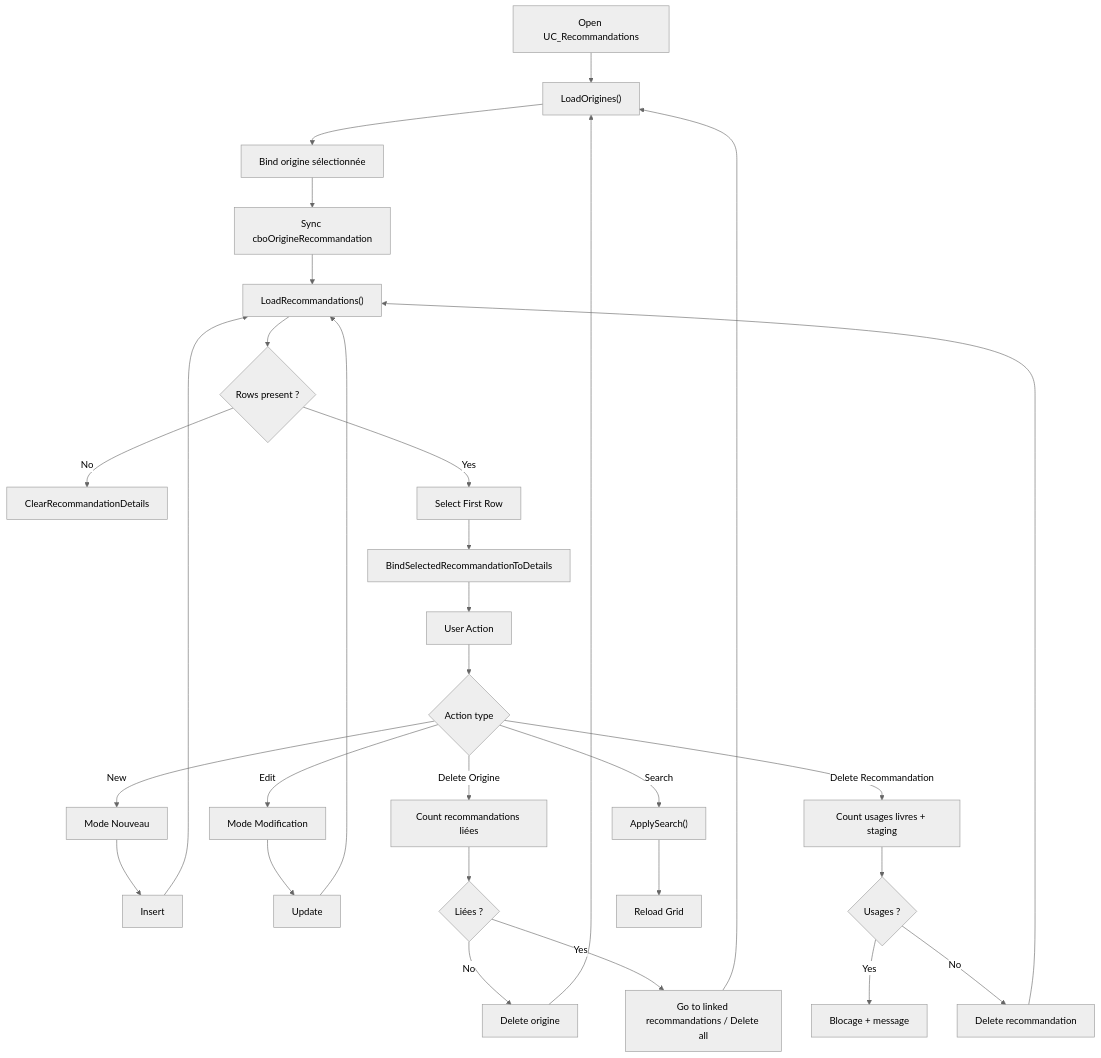
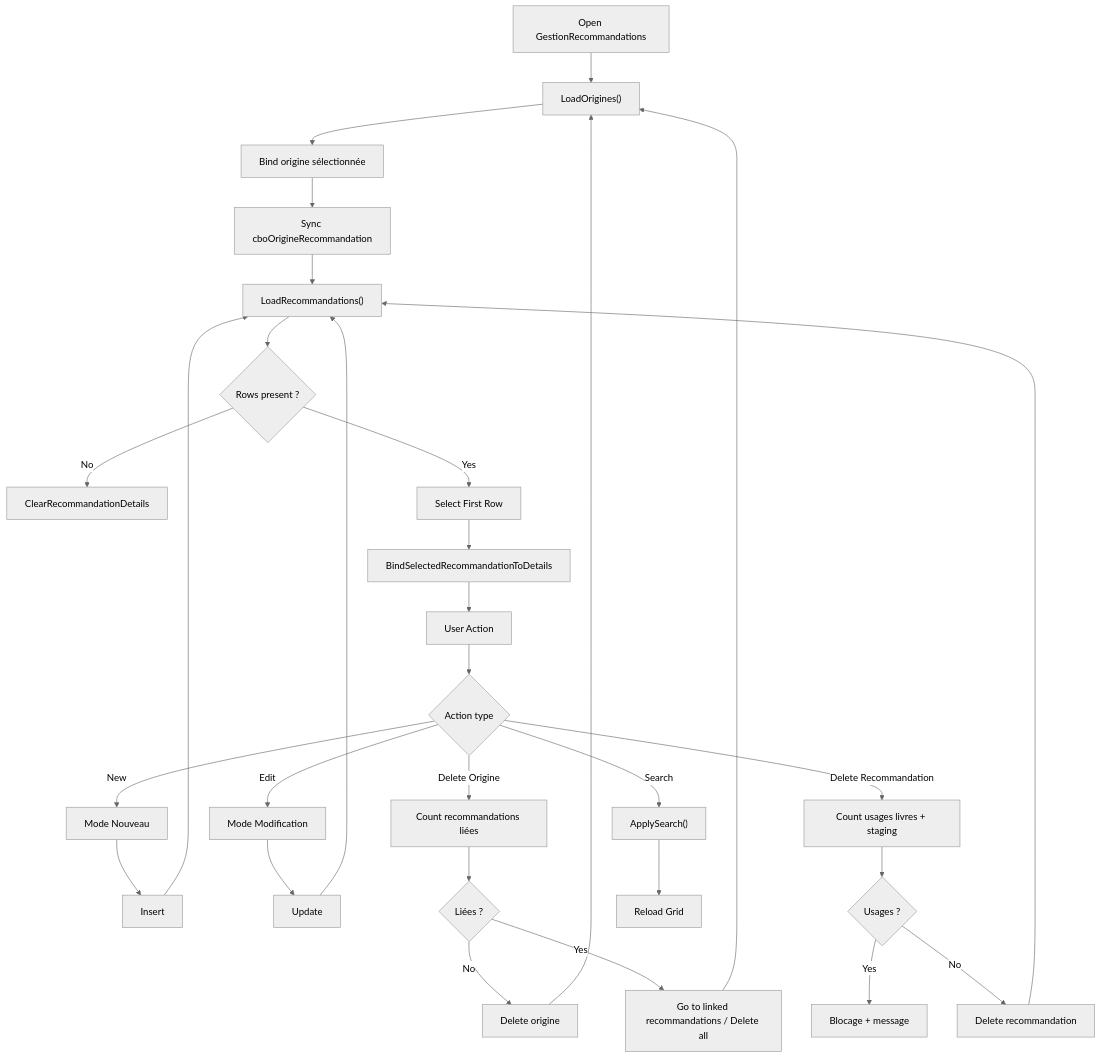
The fourth of 5 diagrams in Docs/Process_Artefact.md (Les-Artefacts-de-Manou/Artefact), drawn with Mermaid (neutral theme) before and after one commit. The commit also changed other lines of this file and 84 other files, not shown here.

````diff
--- a/Docs/Process_Artefact.md
+++ b/Docs/Process_Artefact.md
@@ -727,39 +767,39 @@
 ```mermaid
 flowchart TD
-A["Open UC_Recommandations"] --> B["LoadOrigines()"]
+A["Open GestionRecommandations"] --> B["LoadOrigines()"]
 B --> C["Bind origine sélectionnée"]
 C --> D["Sync cboOrigineRecommandation"]
 D --> E["LoadRecommandations()"]
 
 E --> F{"Rows present ?"}
 F -- No --> G["ClearRecommandationDetails"]
 F -- Yes --> H["Select First Row"]
 H --> I["BindSelectedRecommandationToDetails"]
 
 I --> J["User Action"]
 J --> K{"Action type"}
 
 K -- New --> L["Mode Nouveau"]
 L --> M["Insert"]
 M --> E
 
 K -- Edit --> N["Mode Modification"]
 N --> O["Update"]
 O --> E
 
 K -- Delete Origine --> P["Count recommandations liées"]
 P --> Q{"Liées ?"}
 Q -- No --> R["Delete origine"]
 Q -- Yes --> S["Go to linked recommandations / Delete all"]
 R --> B
 S --> B
 
 K -- Delete Recommandation --> T["Count usages livres + staging"]
 T --> U{"Usages ?"}
 U -- Yes --> V["Blocage + message"]
 U -- No --> W["Delete recommandation"]
 W --> E
 
 K -- Search --> X["ApplySearch()"]
 X --> Y["Reload Grid"]
 ```
````
